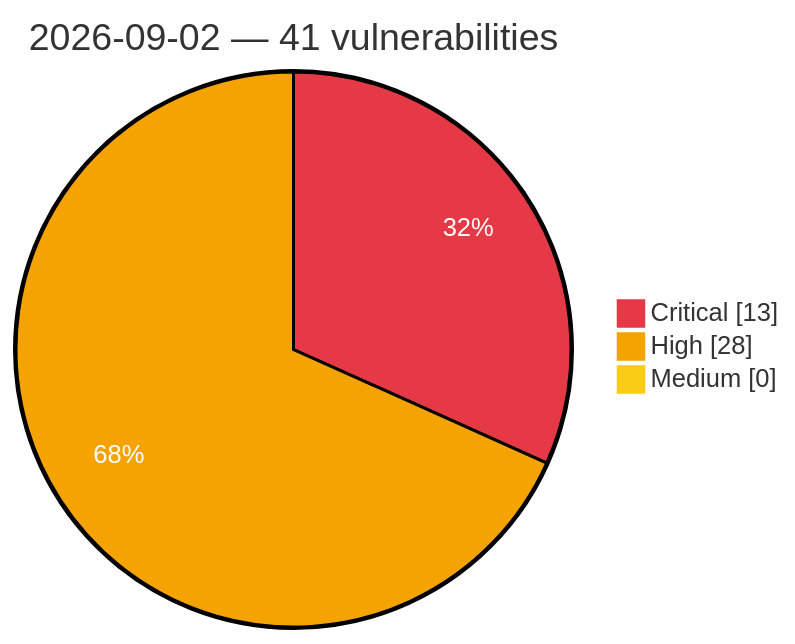
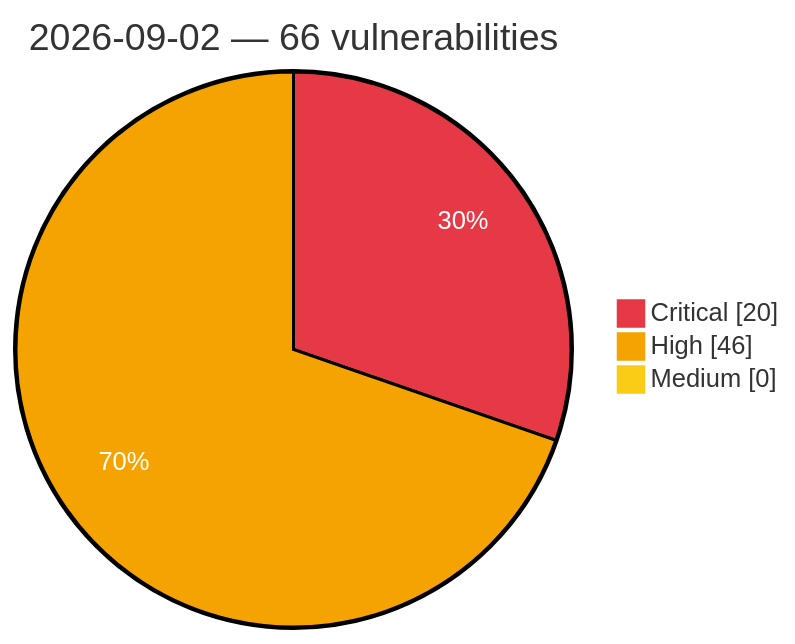
One commit to GhostX0X/vuln-tracker changed the diagram in vulnerabilities/2026/September/2026-09-02.md. Above: the diagram before and after it, drawn with Mermaid. The commit also changed other lines of this file and 5 other files, not shown here.

Commit message:
Auto update: critical/high vulns (2026-09-02 19:58 UTC)

````diff
--- a/vulnerabilities/2026/September/2026-09-02.md
+++ b/vulnerabilities/2026/September/2026-09-02.md
@@ -3,8 +3,8 @@
 ```mermaid
 %%{init: {'theme':'base', 'themeVariables': {'pie1':'#e63946', 'pie2':'#f4a300', 'pie3':'#facc15', 'pieOpacity':'1', 'pieOuterStrokeWidth':'2px', 'pieSectionTextColor':'#ffffff'}}}%%
 pie showData
-    title 2026-09-02 — 41 vulnerabilities
-    "Critical" : 13
-    "High" : 28
+    title 2026-09-02 — 66 vulnerabilities
+    "Critical" : 20
+    "High" : 46
     "Medium" : 0
 ```
````
